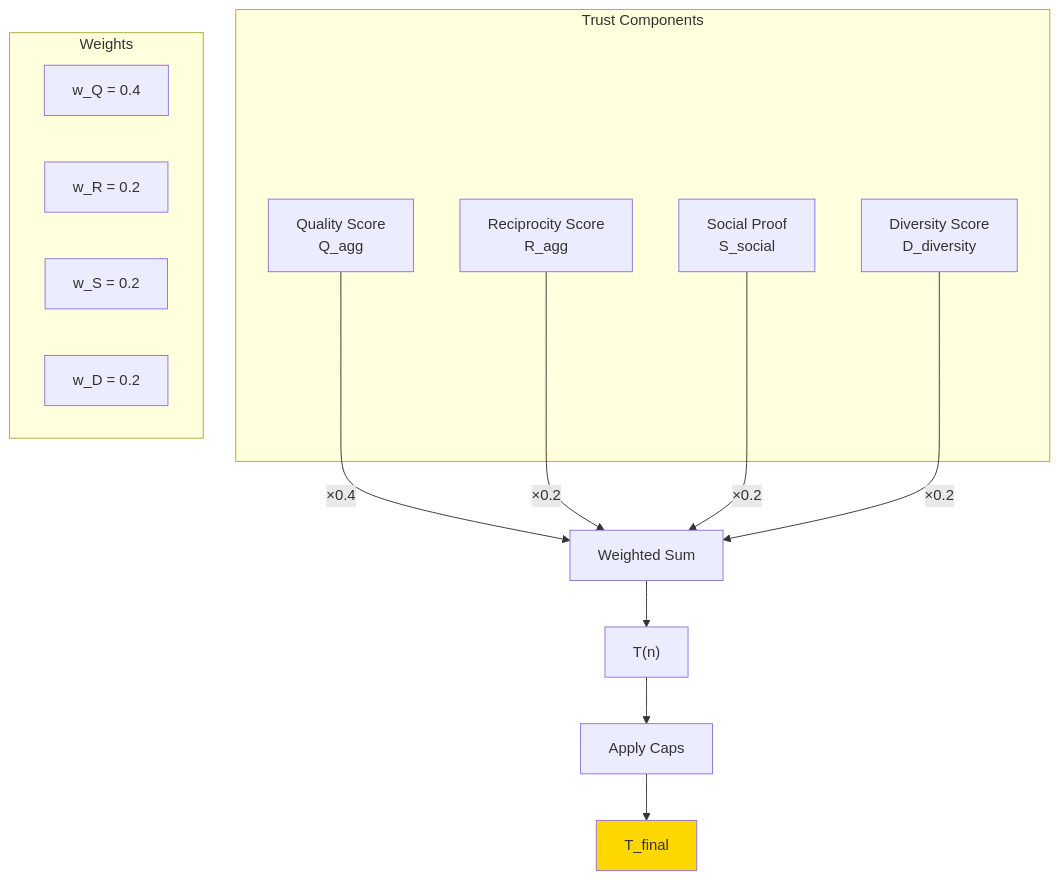
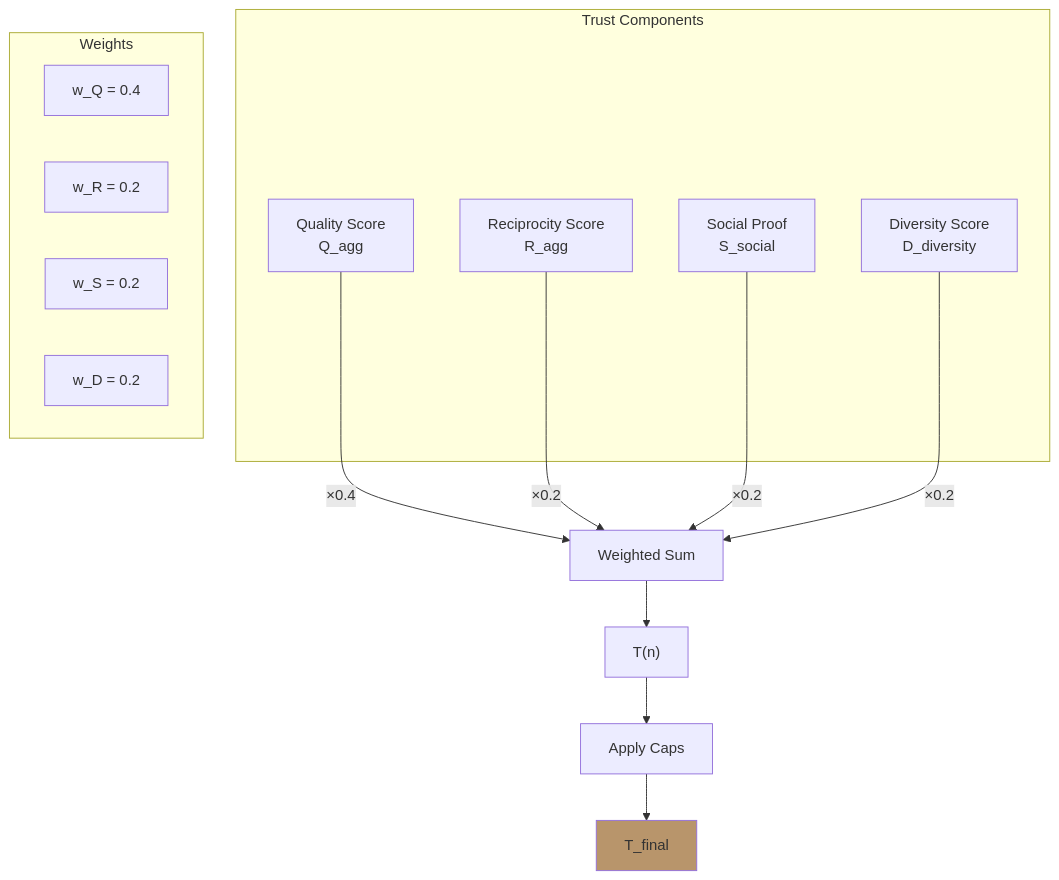
One commit to ScopeCreep-zip/Symbiont changed the first of 6 diagrams in docs/protocol/trust-computation.md. Above: the diagram before and after it, drawn with Mermaid. The commit also changed other lines of this file and 17 other files, not shown here.

Commit message:
update to diagram colors

````diff
--- a/docs/protocol/trust-computation.md
+++ b/docs/protocol/trust-computation.md
@@ -42,27 +42,27 @@
 ```mermaid
 graph TB
     subgraph "Trust Components"
         Q[Quality Score<br/>Q_agg]
         R[Reciprocity Score<br/>R_agg]
         S[Social Proof<br/>S_social]
         D[Diversity Score<br/>D_diversity]
     end
 
     subgraph "Weights"
         WQ["w_Q = 0.4"]
         WR["w_R = 0.2"]
         WS["w_S = 0.2"]
         WD["w_D = 0.2"]
     end
 
     Q --> |×0.4| SUM
     R --> |×0.2| SUM
     S --> |×0.2| SUM
     D --> |×0.2| SUM
 
     SUM[Weighted Sum] --> T["T(n)"]
     T --> CAPS[Apply Caps]
     CAPS --> FINAL["T_final"]
 
-    style FINAL fill:#FFD700
+    style FINAL fill:#b8956b
 ```
````
